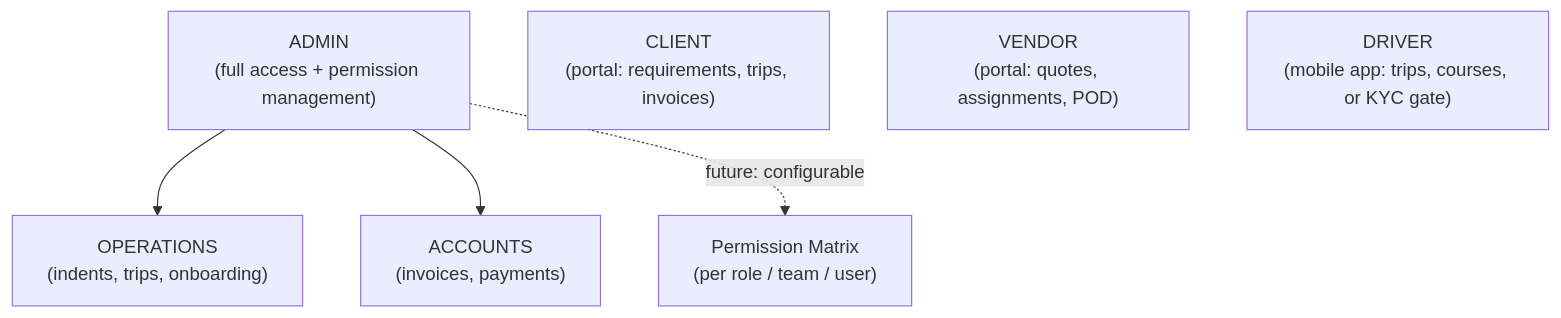
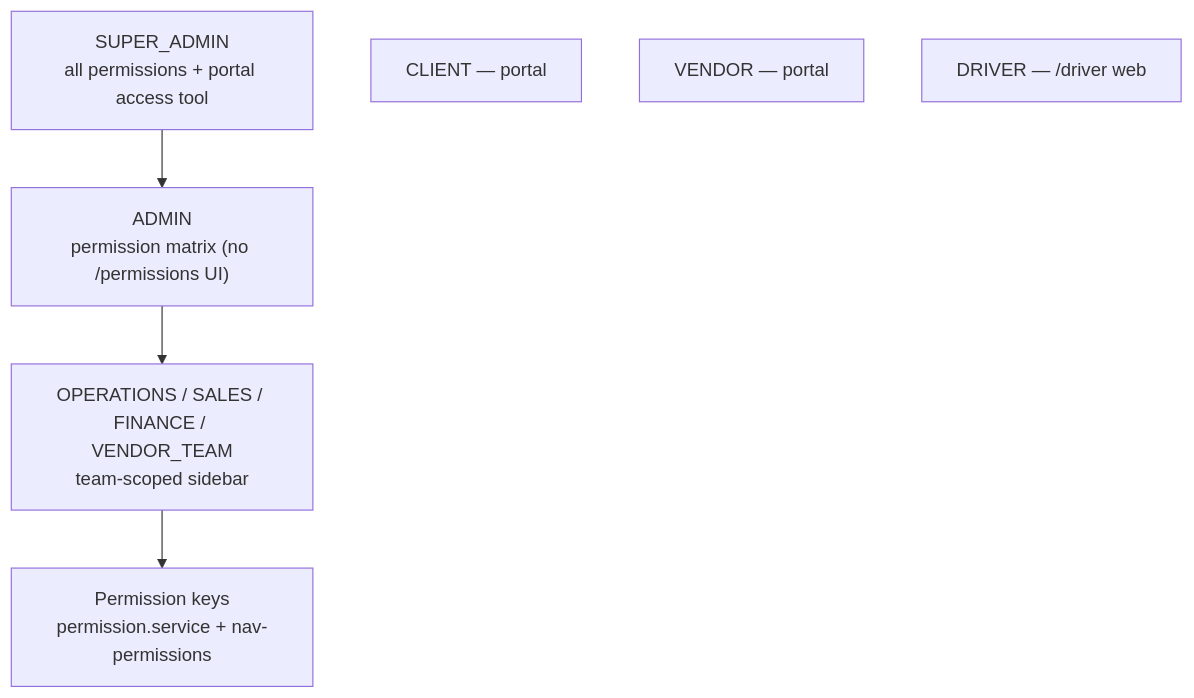
One commit to shunlink/tms changed diagram 15 of 20 in docs/ARCHITECTURE_AND_USER_FLOW.md. Above: the diagram before and after it, drawn with Mermaid. The commit also changed other lines of this file and 7 other files, not shown here.

````diff
--- a/docs/ARCHITECTURE_AND_USER_FLOW.md
+++ b/docs/ARCHITECTURE_AND_USER_FLOW.md
@@ -557,13 +537,13 @@
 ```mermaid
 graph TD
-    ADMIN["ADMIN<br/>(full access + permission management)"]
-    OPS["OPERATIONS<br/>(indents, trips, onboarding)"]
-    ACCOUNTS["ACCOUNTS<br/>(invoices, payments)"]
-    CLIENT["CLIENT<br/>(portal: requirements, trips, invoices)"]
-    VENDOR["VENDOR<br/>(portal: quotes, assignments, POD)"]
-    DRIVER["DRIVER<br/>(mobile app: trips, courses, or KYC gate)"]
+    SA["SUPER_ADMIN<br/>all permissions + portal access tool"]
+    ADMIN["ADMIN<br/>permission matrix (no /permissions UI)"]
+    OPS["OPERATIONS / SALES / FINANCE / VENDOR_TEAM<br/>team-scoped sidebar"]
+    CLIENT["CLIENT — portal"]
+    VENDOR["VENDOR — portal"]
+    DRIVER["DRIVER — /driver web"]
 
+    SA --> ADMIN
     ADMIN --> OPS
-    ADMIN --> ACCOUNTS
-    ADMIN -.->|future: configurable| PERM["Permission Matrix<br/>(per role / team / user)"]
+    OPS --> PERM["Permission keys<br/>permission.service + nav-permissions"]
 ```
````
